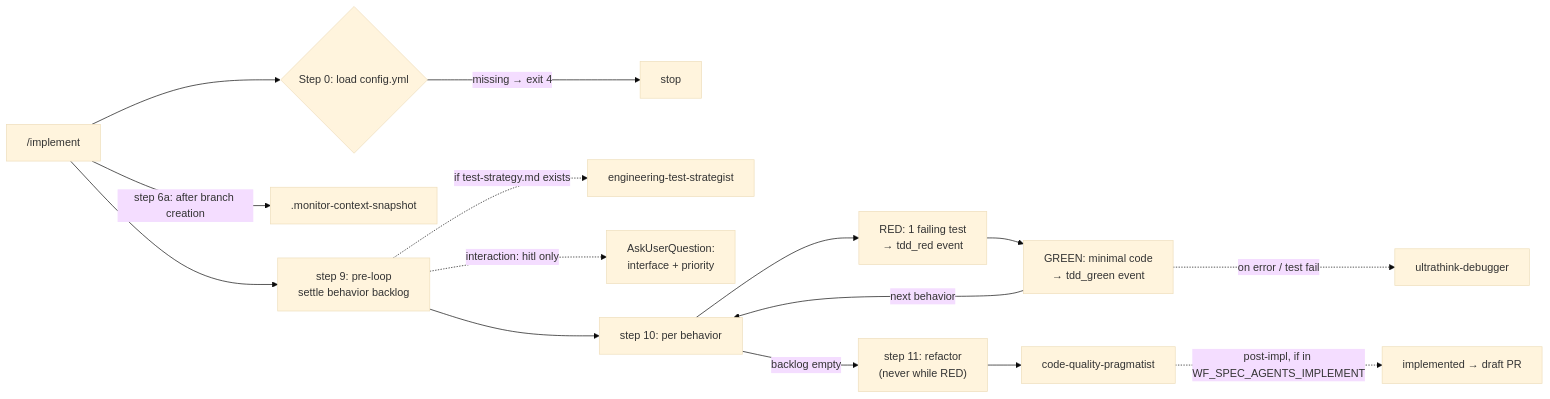
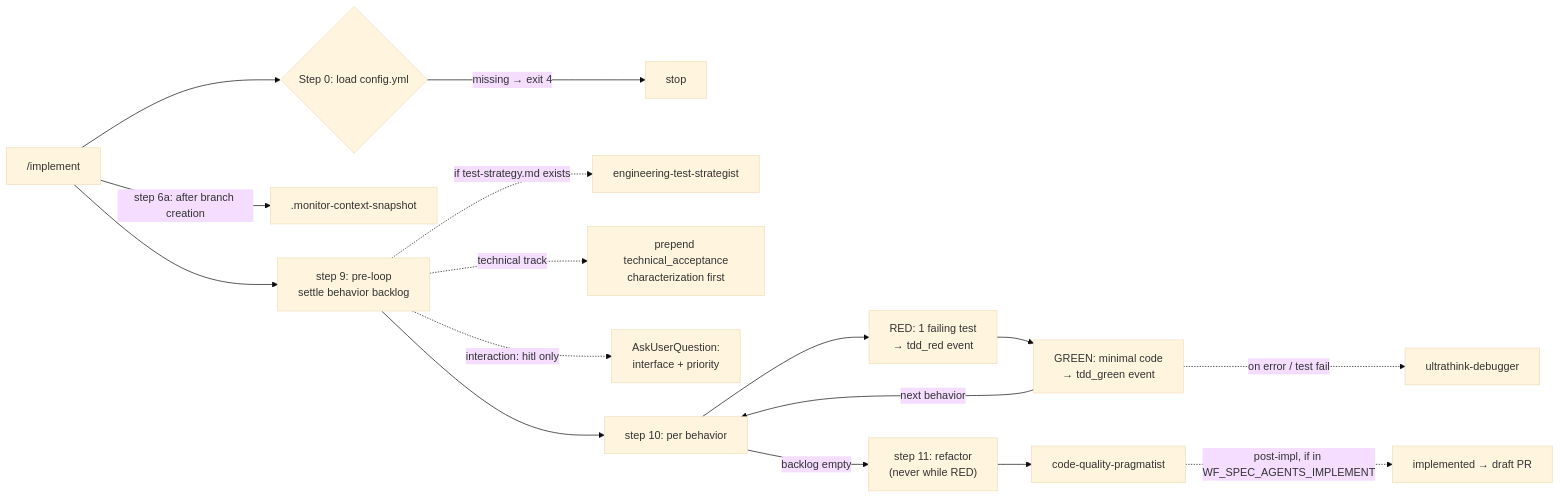
One commit to AlarQ/SDD-hub changed the ninth of 16 diagrams in docs/workflow-diagram.md. Above: the diagram before and after it, drawn with Mermaid (base theme). The commit also changed other lines of this file and 13 other files, not shown here.

Commit message:
feat: technical track for non-feature work (#59)

````diff
--- a/docs/workflow-diagram.md
+++ b/docs/workflow-diagram.md
@@ -337,17 +344,18 @@
 ```mermaid
 graph LR
     IM["/implement"] --> CFG0{Step 0: load config.yml}
     CFG0 -->|missing → exit 4| STOP_IM[stop]
     IM -->|step 6a: after branch creation| SNAP[.monitor-context-snapshot]
     IM --> S9["step 9: pre-loop<br/>settle behavior backlog"]
     S9 -.->|if test-strategy.md exists| TSG[engineering-test-strategist]
+    S9 -.->|technical track| TAP[prepend technical_acceptance<br/>characterization first]
     S9 -.->|interaction: hitl only| HITL[AskUserQuestion:<br/>interface + priority]
     S9 --> LOOP["step 10: per behavior"]
     LOOP --> RED["RED: 1 failing test<br/>→ tdd_red event"]
     RED --> GREEN["GREEN: minimal code<br/>→ tdd_green event"]
     GREEN -.->|on error / test fail| UD[ultrathink-debugger]
     GREEN -->|next behavior| LOOP
     LOOP -->|backlog empty| RF["step 11: refactor<br/>(never while RED)"]
     RF --> CQP2[code-quality-pragmatist]
     CQP2 -.->|post-impl, if in WF_SPEC_AGENTS_IMPLEMENT| DONE[implemented → draft PR]
 ```
````
